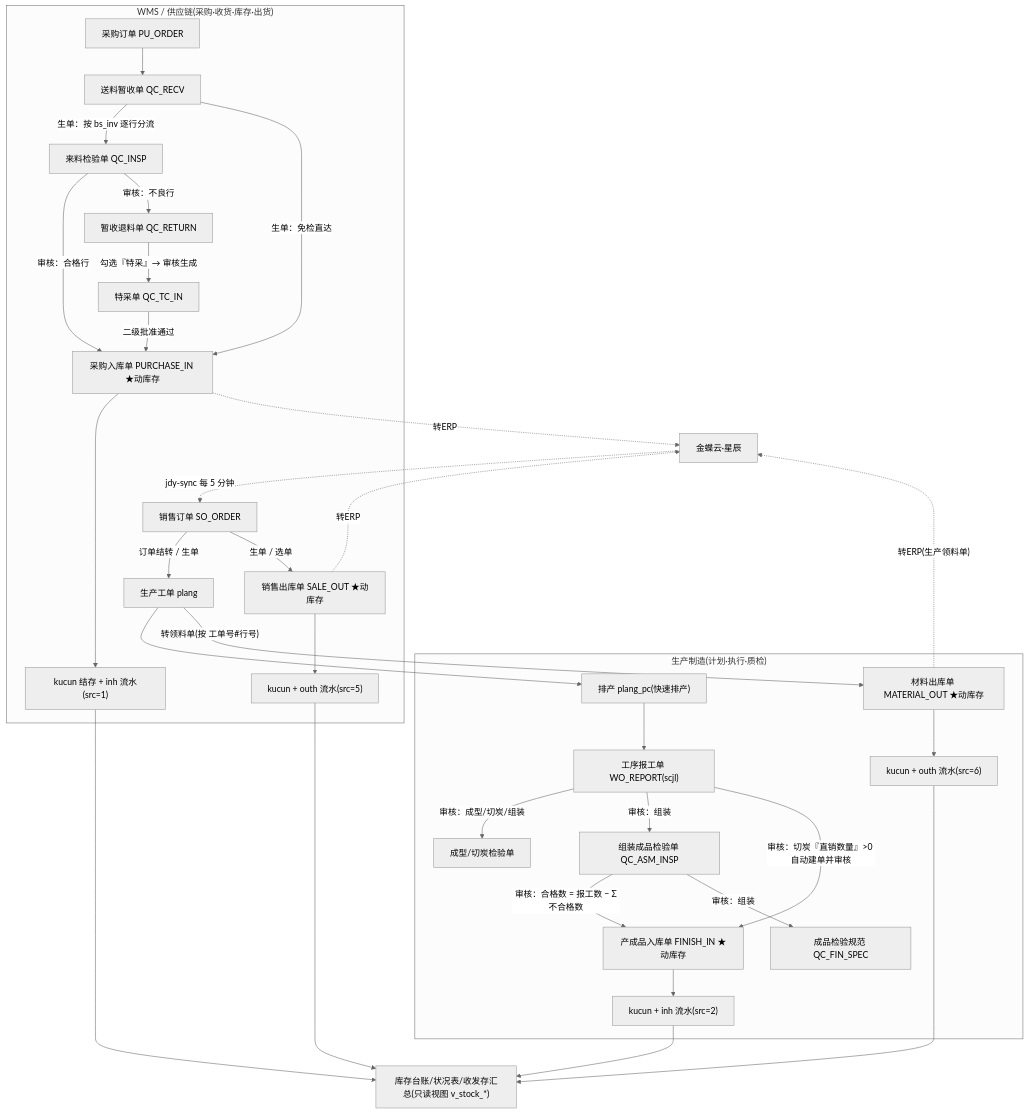
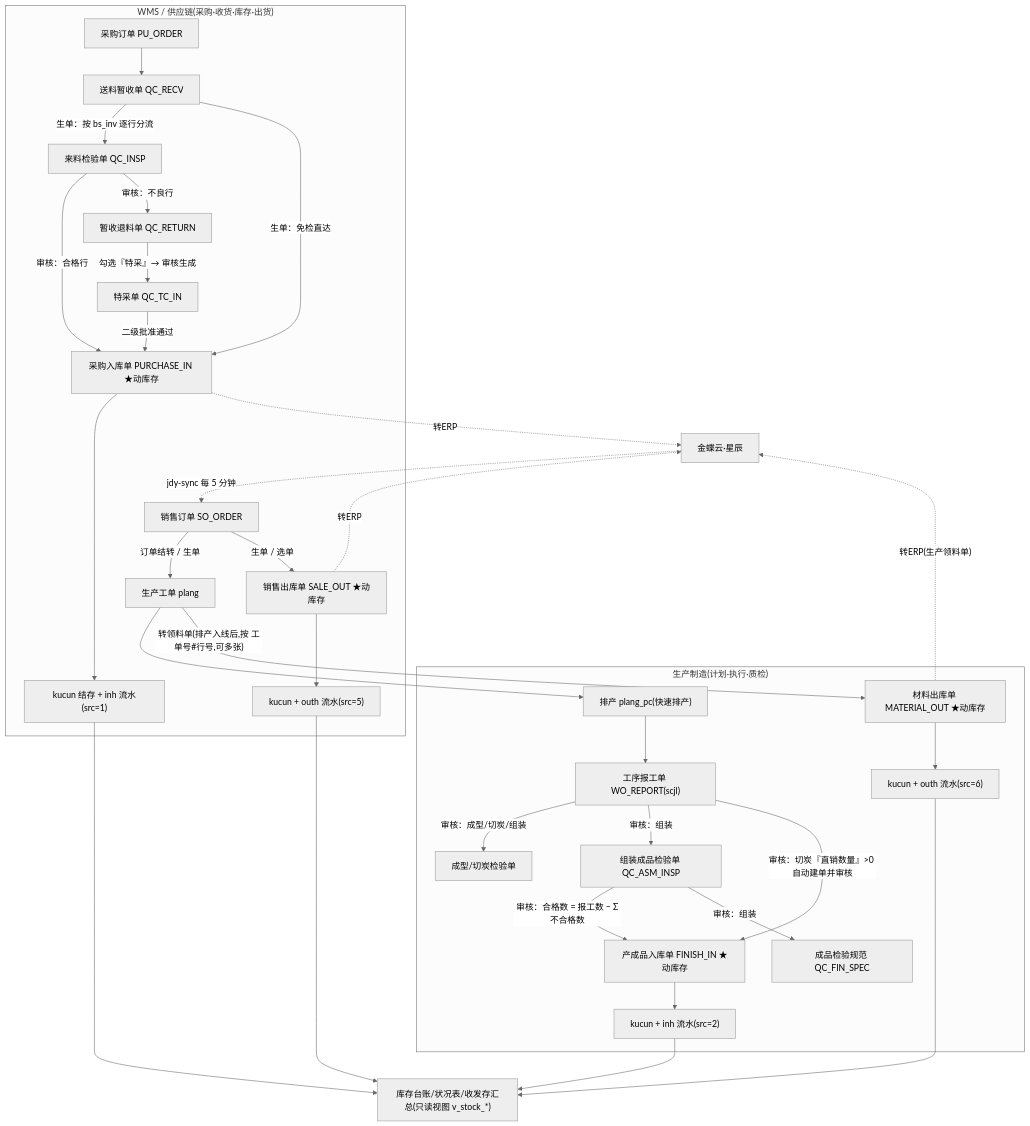
The diagram in docs/design/MES与WMS流程梳理.md (MyPanda-Hash/YINJIA), drawn with Mermaid (neutral theme) before and after one commit. The commit also changed other lines of this file and 20 other files, not shown here.

````diff
--- a/docs/design/MES与WMS流程梳理.md
+++ b/docs/design/MES与WMS流程梳理.md
@@ -120,36 +120,36 @@
 ```mermaid
 flowchart TD
   subgraph SCM["WMS / 供应链(采购·收货·库存·出货)"]
     PO["采购订单 PU_ORDER"] --> SL["送料暂收单 QC_RECV"]
     SL -->|"生单：按 bs_inv 逐行分流"| IJ["来料检验单 QC_INSP"]
     SL -->|"生单：免检直达"| PI["采购入库单 PURCHASE_IN ★动库存"]
     IJ -->|"审核：合格行"| PI
     IJ -->|"审核：不良行"| TH["暂收退料单 QC_RETURN"]
     TH -->|"勾选『特采』→ 审核生成"| TC["特采单 QC_TC_IN"]
     TC -->|"二级批准通过"| PI
     PI --> KC["kucun 结存 + inh 流水(src=1)"]
     SO["销售订单 SO_ORDER"] -->|"订单结转 / 生单"| MO["生产工单 plang"]
     SO -->|"生单 / 选单"| SA["销售出库单 SALE_OUT ★动库存"]
     SA --> KC2["kucun + outh 流水(src=5)"]
   end
   subgraph MES["生产制造(计划·执行·质检)"]
     MO --> PC["排产 plang_pc(快速排产)"]
     PC --> BG["工序报工单 WO_REPORT(scjl)"]
     BG -->|"审核：成型/切炭/组装"| QI["成型/切炭检验单"]
     BG -->|"审核：组装"| QA["组装成品检验单 QC_ASM_INSP"]
     BG -->|"审核：切炭『直销数量』>0 自动建单并审核"| FI["产成品入库单 FINISH_IN ★动库存"]
     QA -->|"审核：合格数 = 报工数 − Σ不合格数"| FI
     QA -->|"审核：组装"| FS["成品检验规范 QC_FIN_SPEC"]
-    MO -->|"转领料单(按 工单号#行号)"| CLI["材料出库单 MATERIAL_OUT ★动库存"]
+    MO -->|"转领料单(排产入线后,按 工单号#行号,可多张)"| CLI["材料出库单 MATERIAL_OUT ★动库存"]
     CLI --> KC3["kucun + outh 流水(src=6)"]
     FI --> KC4["kucun + inh 流水(src=2)"]
   end
   KC --> RPT["库存台账/状况表/收发存汇总(只读视图 v_stock_*)"]
   KC2 --> RPT
   KC3 --> RPT
   KC4 --> RPT
   PI -.->|"转ERP"| ERP["金蝶云·星辰"]
   SA -.->|"转ERP"| ERP
   CLI -.->|"转ERP(生产领料单)"| ERP
   ERP -.->|"jdy-sync 每 5 分钟"| SO
 ```
````
